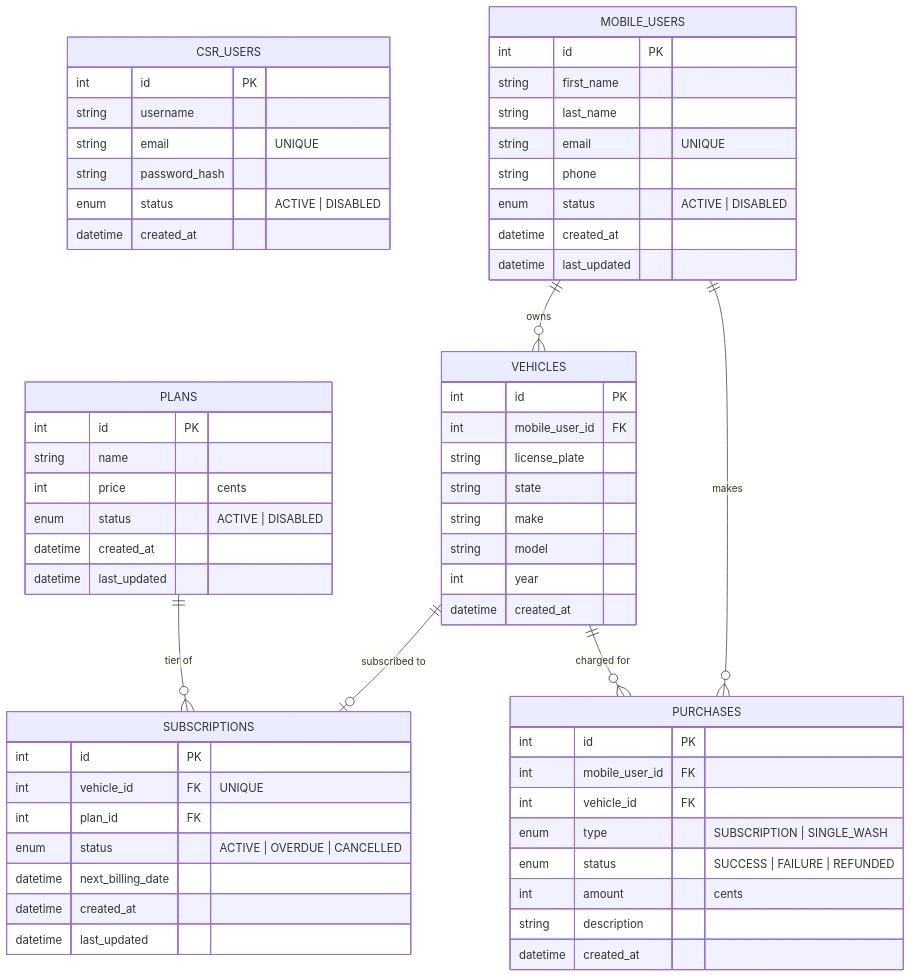
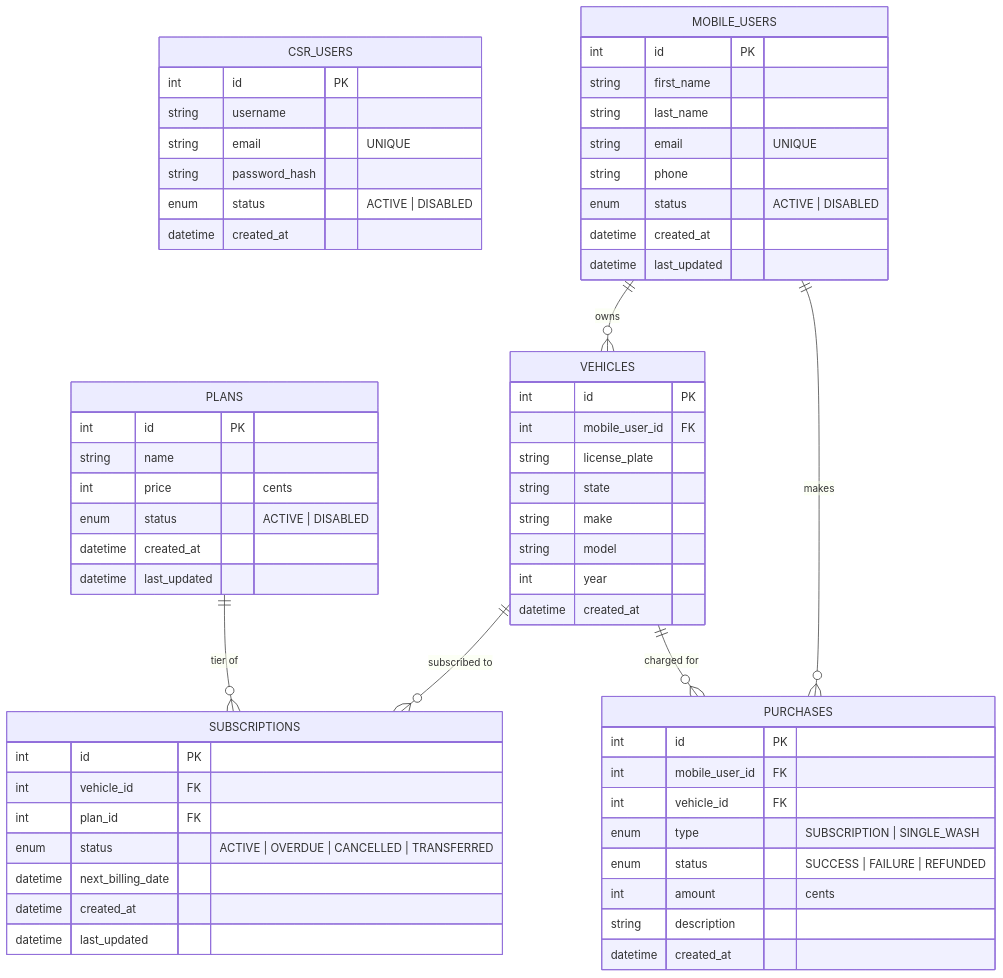
Before and after one commit to ajarnagin1992/amp-csr-portal: the diagram in ER-DIAGRAM.md, drawn with Mermaid.

Commit message:
updated diagram

````diff
--- a/ER-DIAGRAM.md
+++ b/ER-DIAGRAM.md
@@ -1,64 +1,64 @@
 ```mermaid
 erDiagram
 	CSR_USERS{
         int id PK
         string username
         string email "UNIQUE"
         string password_hash
         enum status "ACTIVE | DISABLED"
         datetime created_at
 	}
 	MOBILE_USERS{
 		int id PK
 		string first_name
 		string last_name
 		string email "UNIQUE"
 		string phone
 		enum status "ACTIVE | DISABLED"
 		datetime created_at
         datetime last_updated
 	}
 	VEHICLES{
 		int id PK
 		int mobile_user_id FK
         string license_plate
         string state
         string make
         string model
         int year
         datetime created_at
 	}
     PLANS{
         int id PK
         string name
         int price "cents"
         enum status "ACTIVE | DISABLED"
         datetime created_at
         datetime last_updated
     }
 	PURCHASES{
 		int id PK
         int mobile_user_id FK
         int vehicle_id FK
 		enum type "SUBSCRIPTION | SINGLE_WASH"
         enum status "SUCCESS | FAILURE | REFUNDED"
 		int amount "cents"
         string description
         datetime created_at
 	}
 	SUBSCRIPTIONS{
 		int id PK
-		int vehicle_id FK "UNIQUE"
+		int vehicle_id FK
         int plan_id FK
-        enum status "ACTIVE | OVERDUE | CANCELLED"
+        enum status "ACTIVE | OVERDUE | CANCELLED | TRANSFERRED"
         datetime next_billing_date
         datetime created_at
         datetime last_updated
 	}
 	
 	MOBILE_USERS ||--o{ VEHICLES : "owns"
 	MOBILE_USERS ||--o{ PURCHASES : "makes"
-	VEHICLES ||--o| SUBSCRIPTIONS : "subscribed to"
+	VEHICLES ||--o{ SUBSCRIPTIONS : "subscribed to"
     PLANS ||--o{ SUBSCRIPTIONS : "tier of"
     VEHICLES ||--o{ PURCHASES : "charged for"
 ```
````
